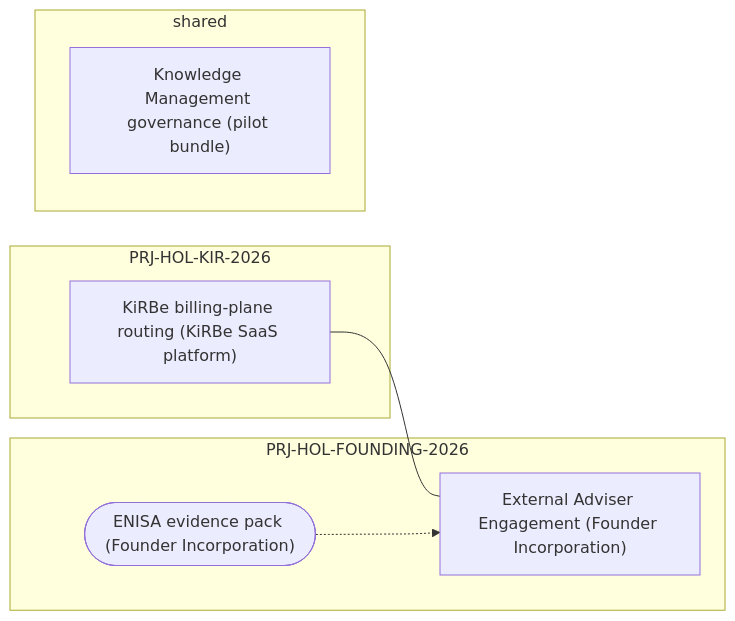
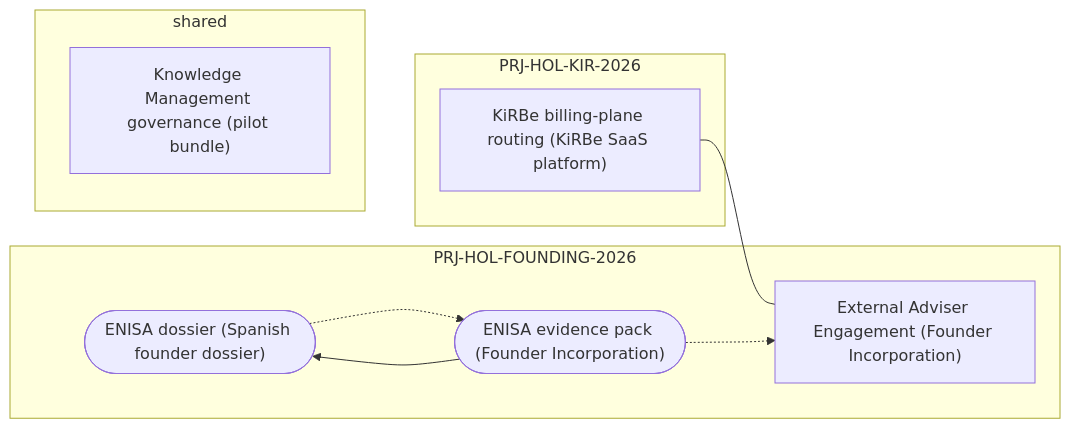
The diagram in docs/references/hlk/v3.0/_assets/_meta/topic_graph.mmd (FraysaXII/openclaw-akos), drawn with Mermaid before and after one commit. The commit also changed 14 other files, not shown here.

First line of the commit message:
feat(hlk,scripts,brand): Initiative 27 - final ENISA dossier + Spanish cover email + brand-aligned PDF renderer (#23)

```diff
--- a/docs/references/hlk/v3.0/_assets/_meta/topic_graph.mmd
+++ b/docs/references/hlk/v3.0/_assets/_meta/topic_graph.mmd
@@ -1,16 +1,19 @@
 %% Topic graph (Initiative 25 P3)
 %% Generated by scripts/render_topic_graph.py from docs/references/hlk/compliance/dimensions/TOPIC_REGISTRY.csv
 %% Do NOT hand-edit; regenerate via `py scripts/render_topic_graph.py`.
 flowchart LR
   subgraph PRJ_HOL_FOUNDING_2026 [PRJ-HOL-FOUNDING-2026]
+    topic_enisa_dossier_es(["ENISA dossier (Spanish founder dossier)"])
     topic_enisa_evidence(["ENISA evidence pack (Founder Incorporation)"])
     topic_external_adviser_handoff["External Adviser Engagement (Founder Incorporation)"]
   end
   subgraph PRJ_HOL_KIR_2026 [PRJ-HOL-KIR-2026]
     topic_kirbe_billing_plane_routing["KiRBe billing-plane routing (KiRBe SaaS platform)"]
   end
   subgraph shared [shared]
     topic_km_governance["Knowledge Management governance (pilot bundle)"]
   end
   topic_kirbe_billing_plane_routing --- topic_external_adviser_handoff
   topic_enisa_evidence -.-> topic_external_adviser_handoff
+  topic_enisa_evidence --> topic_enisa_dossier_es
+  topic_enisa_dossier_es -.-> topic_enisa_evidence
```
